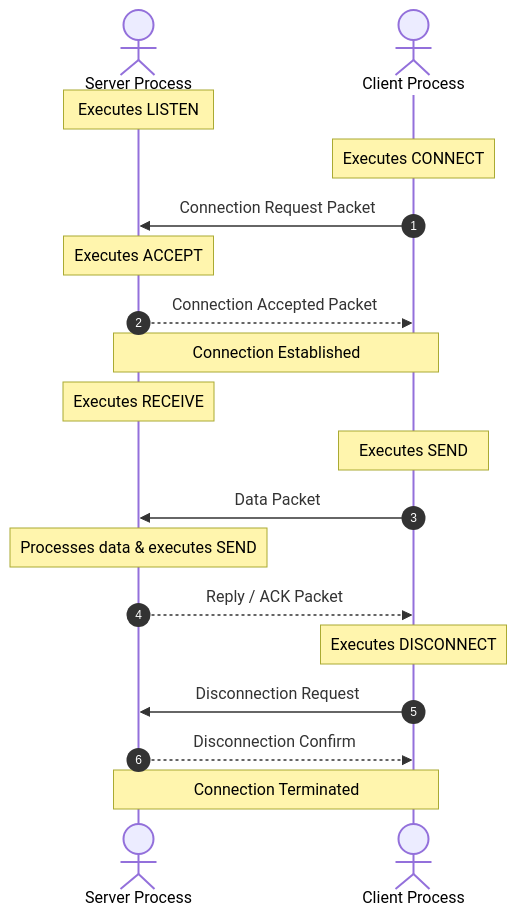
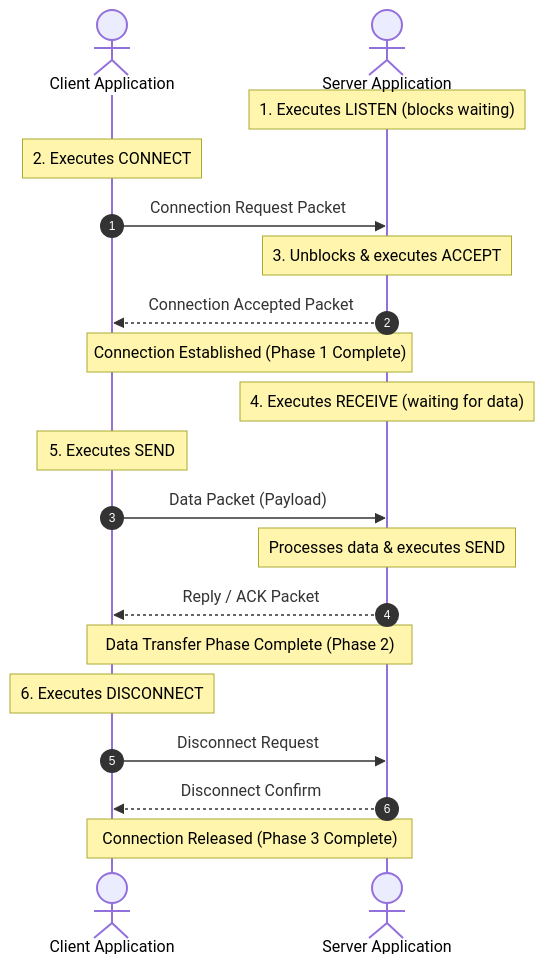
Before and after one commit to DeepLumiere/DeepSkills: the fifth of 9 diagrams in notes/computer_networks/Chapter_1_Introduction.md, drawn with Mermaid. The commit also changed other lines of this file and 3 other files, not shown here.

````diff
--- a/notes/computer_networks/Chapter_1_Introduction.md
+++ b/notes/computer_networks/Chapter_1_Introduction.md
@@ -242,21 +332,25 @@
 ```mermaid
 sequenceDiagram
     autonumber
-    actor Server as Server Process
-    actor Client as Client Process
-    Note over Server: Executes LISTEN
-    Note over Client: Executes CONNECT
+    actor Client as Client Application
+    actor Server as Server Application
+    
+    Note over Server: 1. Executes LISTEN (blocks waiting)
+    Note over Client: 2. Executes CONNECT
     Client->>Server: Connection Request Packet
-    Note over Server: Executes ACCEPT
+    Note over Server: 3. Unblocks & executes ACCEPT
     Server-->>Client: Connection Accepted Packet
-    Note over Client,Server: Connection Established
-    Note over Server: Executes RECEIVE
-    Note over Client: Executes SEND
-    Client->>Server: Data Packet
+    Note over Client,Server: Connection Established (Phase 1 Complete)
+    
+    Note over Server: 4. Executes RECEIVE (waiting for data)
+    Note over Client: 5. Executes SEND
+    Client->>Server: Data Packet (Payload)
     Note over Server: Processes data & executes SEND
     Server-->>Client: Reply / ACK Packet
-    Note over Client: Executes DISCONNECT
-    Client->>Server: Disconnection Request
-    Server-->>Client: Disconnection Confirm
-    Note over Client,Server: Connection Terminated
+    Note over Client,Server: Data Transfer Phase Complete (Phase 2)
+    
+    Note over Client: 6. Executes DISCONNECT
+    Client->>Server: Disconnect Request
+    Server-->>Client: Disconnect Confirm
+    Note over Client,Server: Connection Released (Phase 3 Complete)
 ```
````
